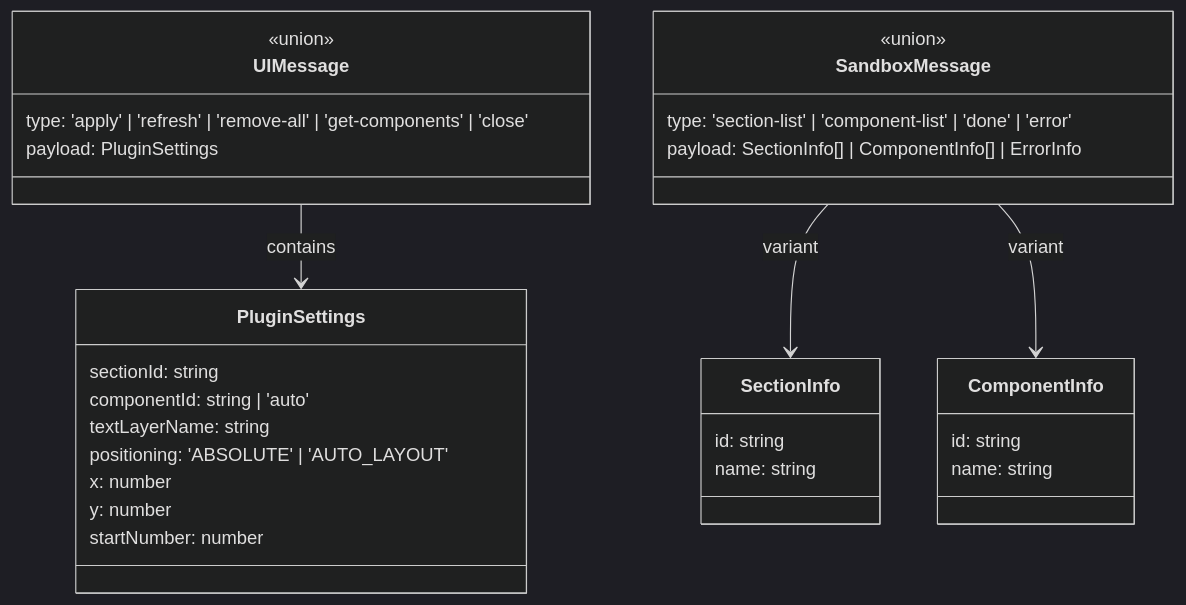
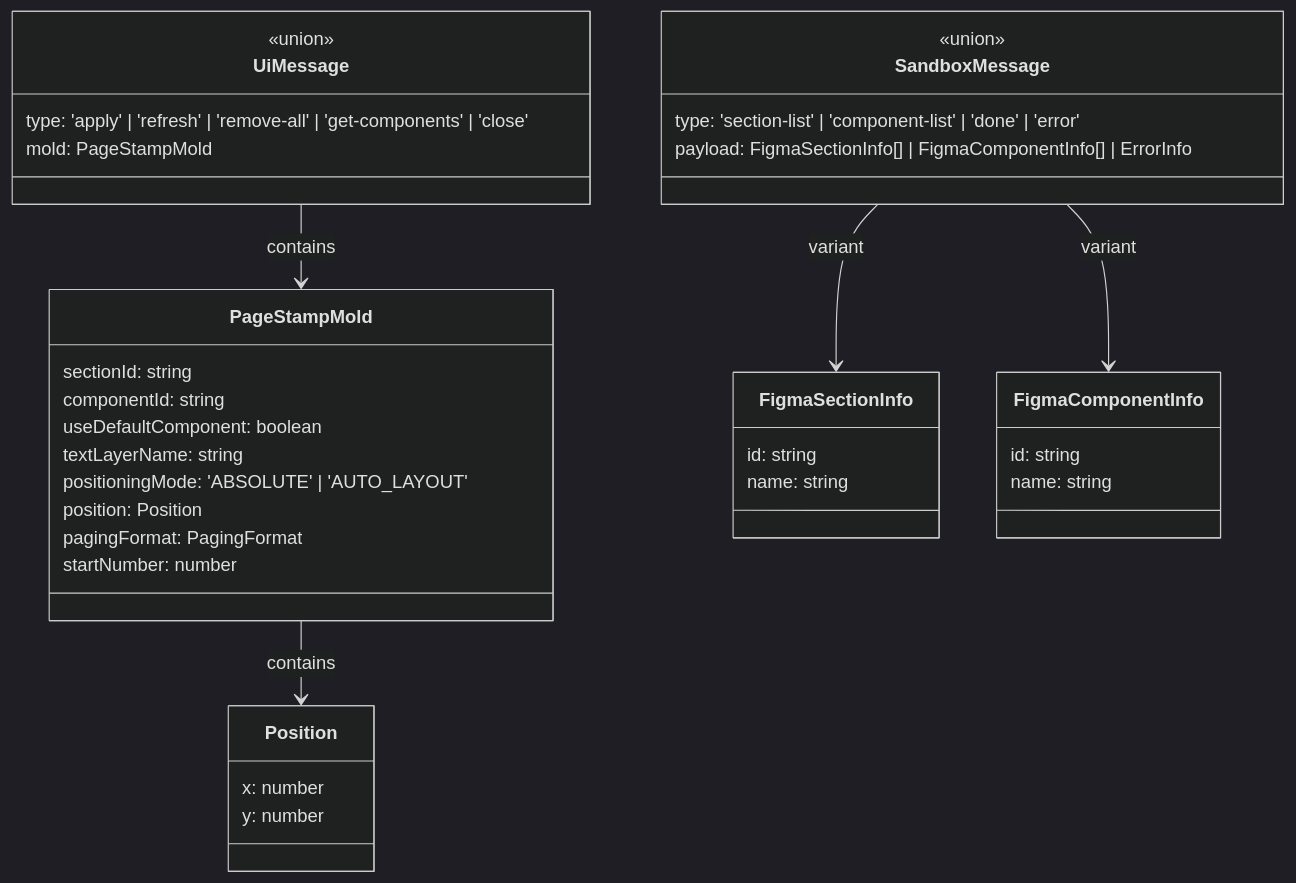
Before and after one commit to c-jeongyyun/page-stamp: the fifth of 5 diagrams in docs/architecture.md, drawn with Mermaid (dark theme). The commit also changed other lines of this file and 8 other files, not shown here.

````diff
--- a/docs/architecture.md
+++ b/docs/architecture.md
@@ -195,38 +197,45 @@
 ```mermaid
 classDiagram
-    class PluginSettings {
+    class PageStampMold {
         sectionId: string
-        componentId: string | 'auto'
+        componentId: string
+        useDefaultComponent: boolean
         textLayerName: string
-        positioning: 'ABSOLUTE' | 'AUTO_LAYOUT'
-        x: number
-        y: number
+        positioningMode: 'ABSOLUTE' | 'AUTO_LAYOUT'
+        position: Position
+        pagingFormat: PagingFormat
         startNumber: number
     }
 
-    class UIMessage {
+    class Position {
+        x: number
+        y: number
+    }
+
+    class UiMessage {
         <<union>>
         type: 'apply' | 'refresh' | 'remove-all' | 'get-components' | 'close'
-        payload: PluginSettings
+        mold: PageStampMold
     }
 
     class SandboxMessage {
         <<union>>
         type: 'section-list' | 'component-list' | 'done' | 'error'
-        payload: SectionInfo[] | ComponentInfo[] | ErrorInfo
+        payload: FigmaSectionInfo[] | FigmaComponentInfo[] | ErrorInfo
     }
 
-    class SectionInfo {
+    class FigmaSectionInfo {
         id: string
         name: string
     }
 
-    class ComponentInfo {
+    class FigmaComponentInfo {
         id: string
         name: string
     }
 
-    UIMessage --> PluginSettings : contains
-    SandboxMessage --> SectionInfo : variant
-    SandboxMessage --> ComponentInfo : variant
+    PageStampMold --> Position : contains
+    UiMessage --> PageStampMold : contains
+    SandboxMessage --> FigmaSectionInfo : variant
+    SandboxMessage --> FigmaComponentInfo : variant
 ```
````
